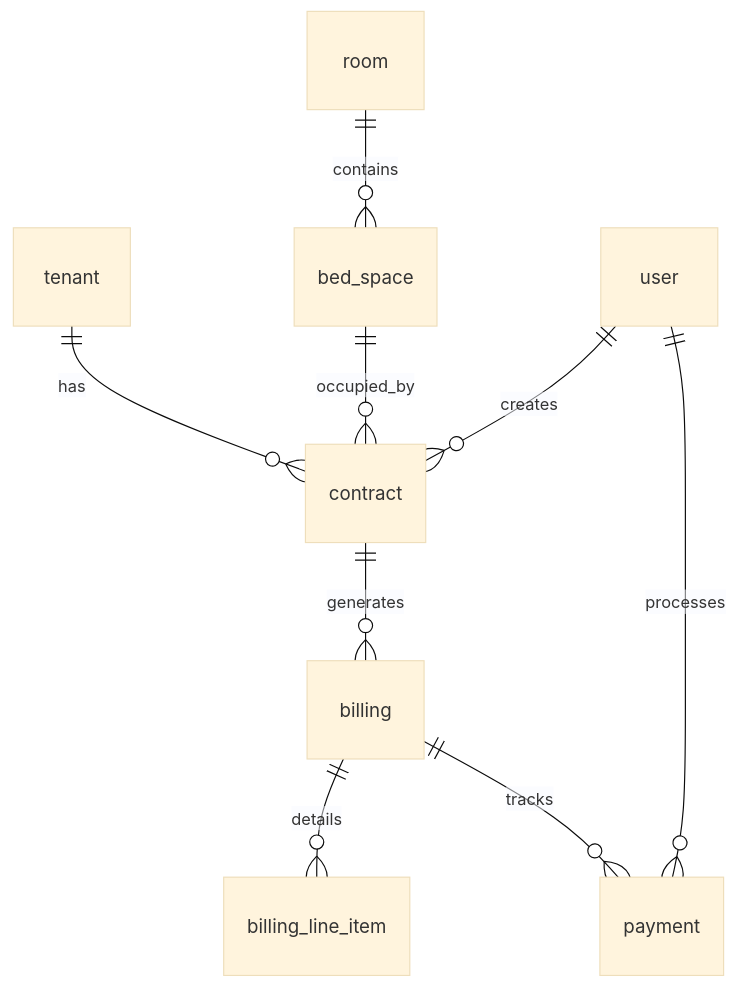
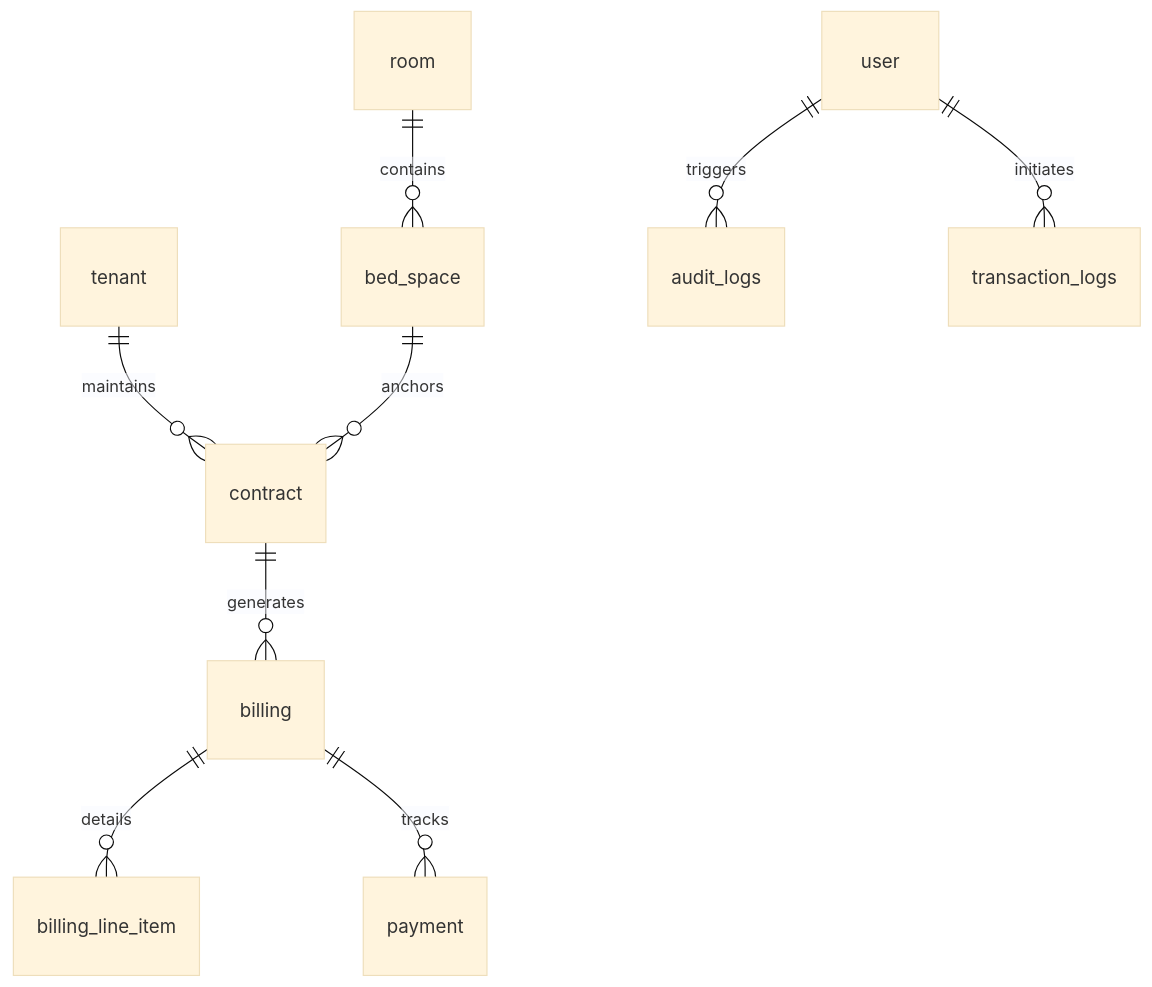
Before and after one commit to markalvincadangin/havenstay: the diagram in docs/DATABASE.md, drawn with Mermaid (base theme). The commit also changed other lines of this file and 218 other files, not shown here.

````diff
--- a/docs/DATABASE.md
+++ b/docs/DATABASE.md
@@ -66,11 +99,11 @@
 ```mermaid
 erDiagram
-    tenant ||--o{ contract : has
+    tenant ||--o{ contract : maintains
     room ||--o{ bed_space : contains
-    bed_space ||--o{ contract : occupied_by
+    bed_space ||--o{ contract : anchors
     contract ||--o{ billing : generates
     billing ||--o{ billing_line_item : details
     billing ||--o{ payment : tracks
-    user ||--o{ contract : creates
-    user ||--o{ payment : processes
+    user ||--o{ audit_logs : triggers
+    user ||--o{ transaction_logs : initiates
 ```
````
